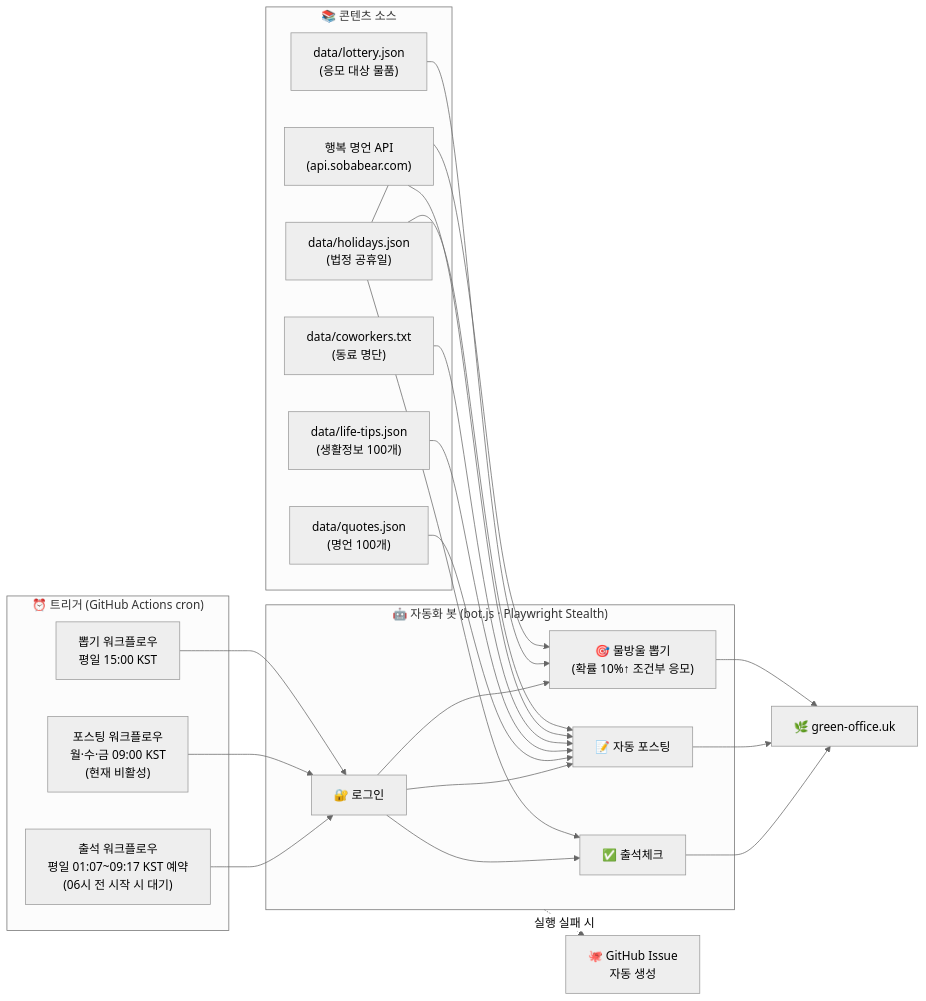
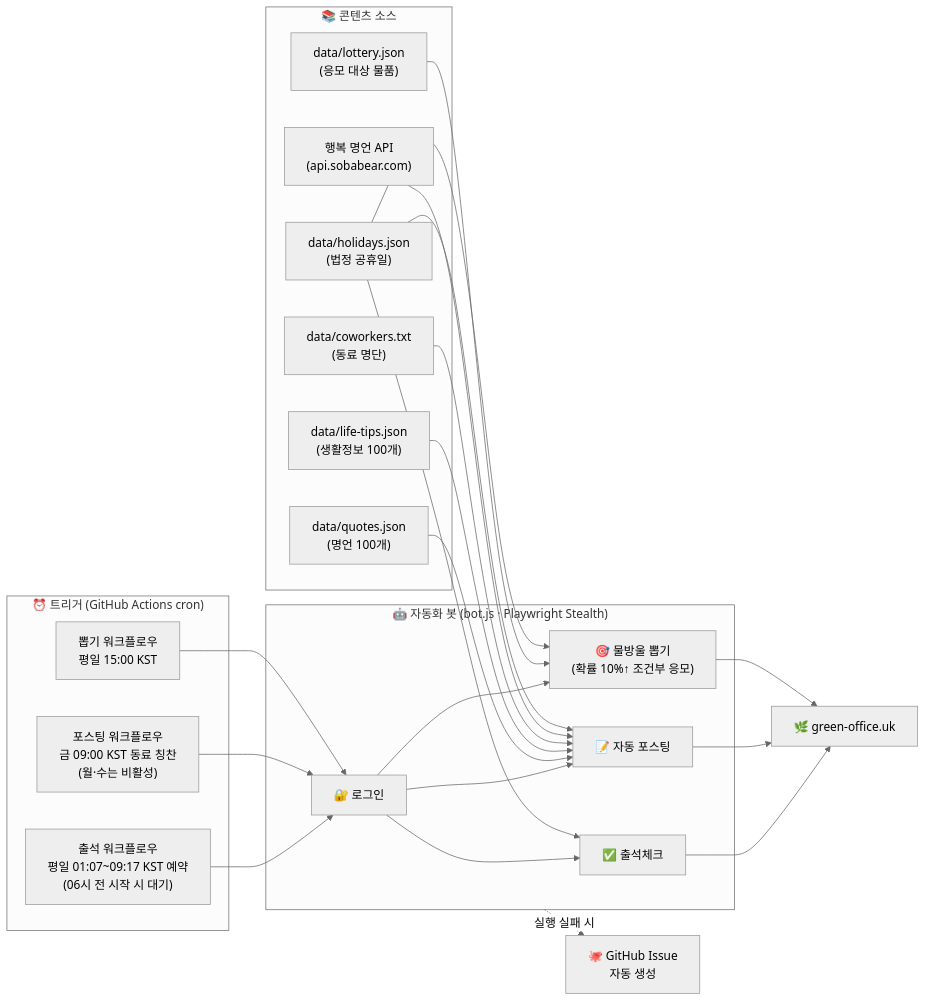
Before and after one commit to leemgs/green-office-agent: the first of 3 diagrams in README.md, drawn with Mermaid (neutral theme). The commit also changed other lines of this file and 2 other files, not shown here.

First line of the commit message:
chore: 동료 칭찬 포스팅 워크플로우 다시 활성화 (11/6 김보경부터)

````diff
--- a/README.md
+++ b/README.md
@@ -11,46 +11,46 @@
 ```mermaid
 flowchart LR
     subgraph TRIGGER["⏰ 트리거 (GitHub Actions cron)"]
         A1["출석 워크플로우<br/>평일 01:07~09:17 KST 예약<br/>(06시 전 시작 시 대기)"]
-        A2["포스팅 워크플로우<br/>월·수·금 09:00 KST<br/>(현재 비활성)"]
+        A2["포스팅 워크플로우<br/>금 09:00 KST 동료 칭찬<br/>(월·수는 비활성)"]
         A3["뽑기 워크플로우<br/>평일 15:00 KST"]
     end
 
     subgraph SRC["📚 콘텐츠 소스"]
         Q["data/quotes.json<br/>(명언 100개)"]
         L["data/life-tips.json<br/>(생활정보 100개)"]
         C["data/coworkers.txt<br/>(동료 명단)"]
         LOT["data/lottery.json<br/>(응모 대상 물품)"]
         HOL["data/holidays.json<br/>(법정 공휴일)"]
         API["행복 명언 API<br/>(api.sobabear.com)"]
     end
 
     subgraph BOT["🤖 자동화 봇 (bot.js · Playwright Stealth)"]
         LOGIN["🔐 로그인"]
         ATT["✅ 출석체크"]
         POST["📝 자동 포스팅"]
         LOTTERY["🎯 물방울 뽑기<br/>(확률 10%↑ 조건부 응모)"]
         LOGIN --> ATT
         LOGIN --> POST
         LOGIN --> LOTTERY
     end
 
     SITE["🌿 green-office.uk"]
     ISSUE["🐙 GitHub Issue<br/>자동 생성"]
 
     A1 --> LOGIN
     A2 --> LOGIN
     A3 --> LOGIN
     Q --> POST
     L --> POST
     C --> POST
     API --> POST
     LOT --> LOTTERY
     HOL --> ATT
     HOL --> LOTTERY
     HOL --> POST
     ATT --> SITE
     POST --> SITE
     LOTTERY --> SITE
     BOT -. 실행 실패 시 .-> ISSUE
 ```
````
